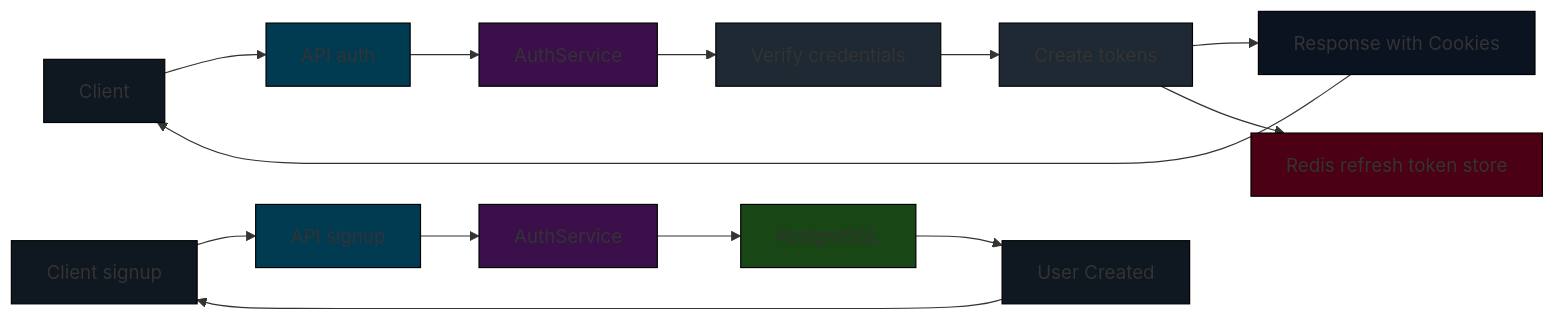
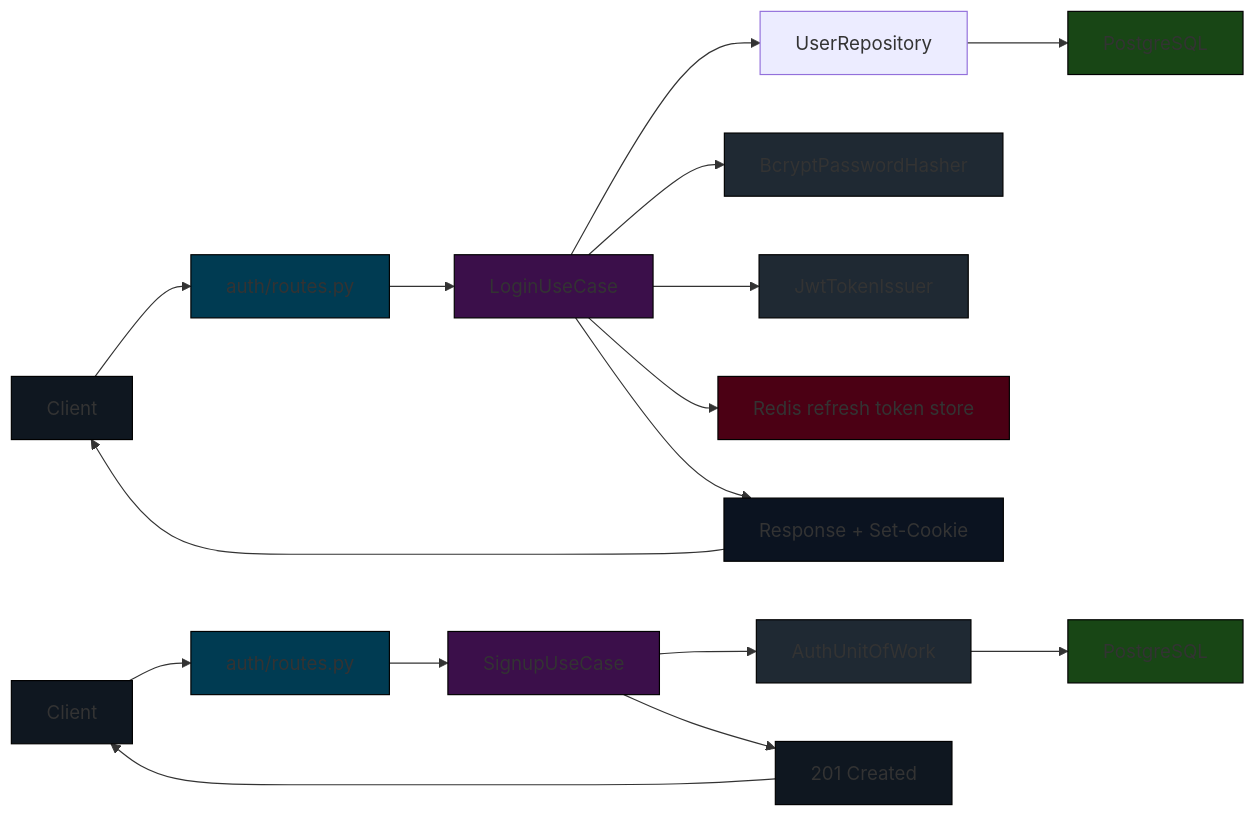
The fourth of 6 diagrams in docs/01-system-architecture.md (anaswaleedtahir/kosmos-ecommerce), drawn with Mermaid before and after one commit. The commit also changed other lines of this file and 3 other files, not shown here.

First line of the commit message:
docs: update architecture and data-model docs for hexagonal refactor

````diff
--- a/docs/01-system-architecture.md
+++ b/docs/01-system-architecture.md
@@ -272,30 +283,34 @@
 ```mermaid
 flowchart LR
-  C1[Client] --> API_AUTH[API auth]
-  API_AUTH --> AUTH_SVC[AuthService]
-  AUTH_SVC --> VERIFY[Verify credentials]
-  VERIFY --> TOKEN_CREATE[Create tokens]
-  TOKEN_CREATE --> RESPONSE[Response with Cookies]
-  TOKEN_CREATE --> REDIS[Redis refresh token store]
+  C1[Client] --> AUTH_ROUTE[auth/routes.py]
+  AUTH_ROUTE --> LOGIN_UC[LoginUseCase]
+  LOGIN_UC --> USER_REPO[UserRepository]
+  USER_REPO --> PG[PostgreSQL]
+  LOGIN_UC --> HASHER[BcryptPasswordHasher]
+  LOGIN_UC --> ISSUER[JwtTokenIssuer]
+  LOGIN_UC --> RT_STORE[Redis refresh token store]
+  LOGIN_UC --> RESPONSE[Response + Set-Cookie]
   RESPONSE --> C1
 
-  C2[Client signup] --> API_SIGNUP[API signup]
-  API_SIGNUP --> AUTH_SVC2[AuthService]
-  AUTH_SVC2 --> PG[PostgreSQL]
-  PG --> USER_CREATED[User Created]
-  USER_CREATED --> C2
+  C2[Client] --> SIGNUP_ROUTE[auth/routes.py]
+  SIGNUP_ROUTE --> SIGNUP_UC[SignupUseCase]
+  SIGNUP_UC --> UOW_AUTH[AuthUnitOfWork]
+  UOW_AUTH --> PG2[PostgreSQL]
+  SIGNUP_UC --> RESULT[201 Created]
+  RESULT --> C2
 
   style C1 fill:#0f1720,stroke:#000
-  style API_AUTH fill:#003b52,stroke:#000
-  style AUTH_SVC fill:#3b0f4a,stroke:#000
-  style VERIFY fill:#1f2933,stroke:#000
-  style TOKEN_CREATE fill:#1f2933,stroke:#000
+  style AUTH_ROUTE fill:#003b52,stroke:#000
+  style LOGIN_UC fill:#3b0f4a,stroke:#000
+  style HASHER fill:#1f2933,stroke:#000
+  style ISSUER fill:#1f2933,stroke:#000
   style RESPONSE fill:#0b1320,stroke:#000
-  style REDIS fill:#4b0014,stroke:#000
+  style RT_STORE fill:#4b0014,stroke:#000
   style C2 fill:#0f1720,stroke:#000
-  style API_SIGNUP fill:#003b52,stroke:#000
-  style AUTH_SVC2 fill:#3b0f4a,stroke:#000
+  style SIGNUP_ROUTE fill:#003b52,stroke:#000
+  style SIGNUP_UC fill:#3b0f4a,stroke:#000
+  style UOW_AUTH fill:#1f2933,stroke:#000
   style PG fill:#184615,stroke:#000
-  style USER_CREATED fill:#0f1720,stroke:#000
-
+  style PG2 fill:#184615,stroke:#000
+  style RESULT fill:#0f1720,stroke:#000
 ```
````
